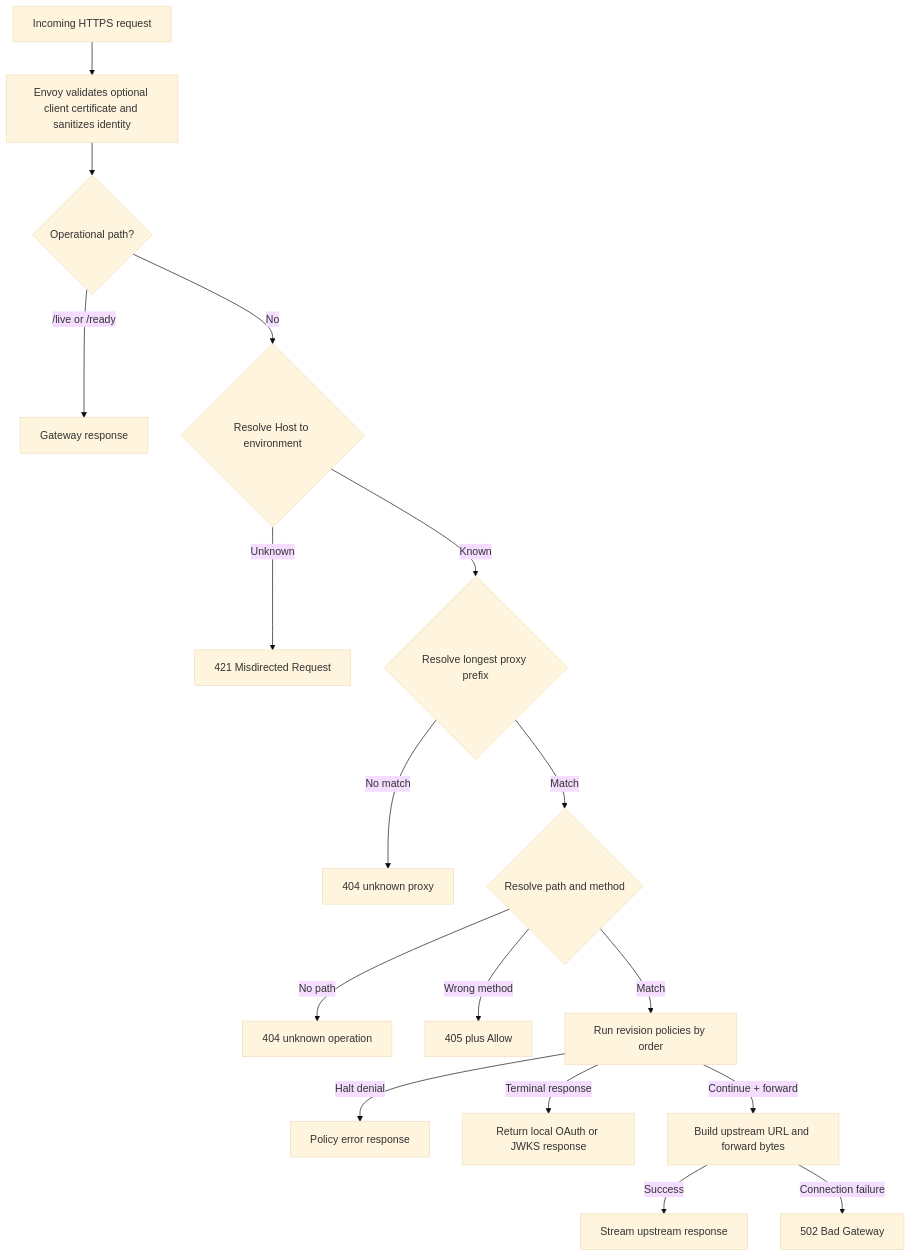
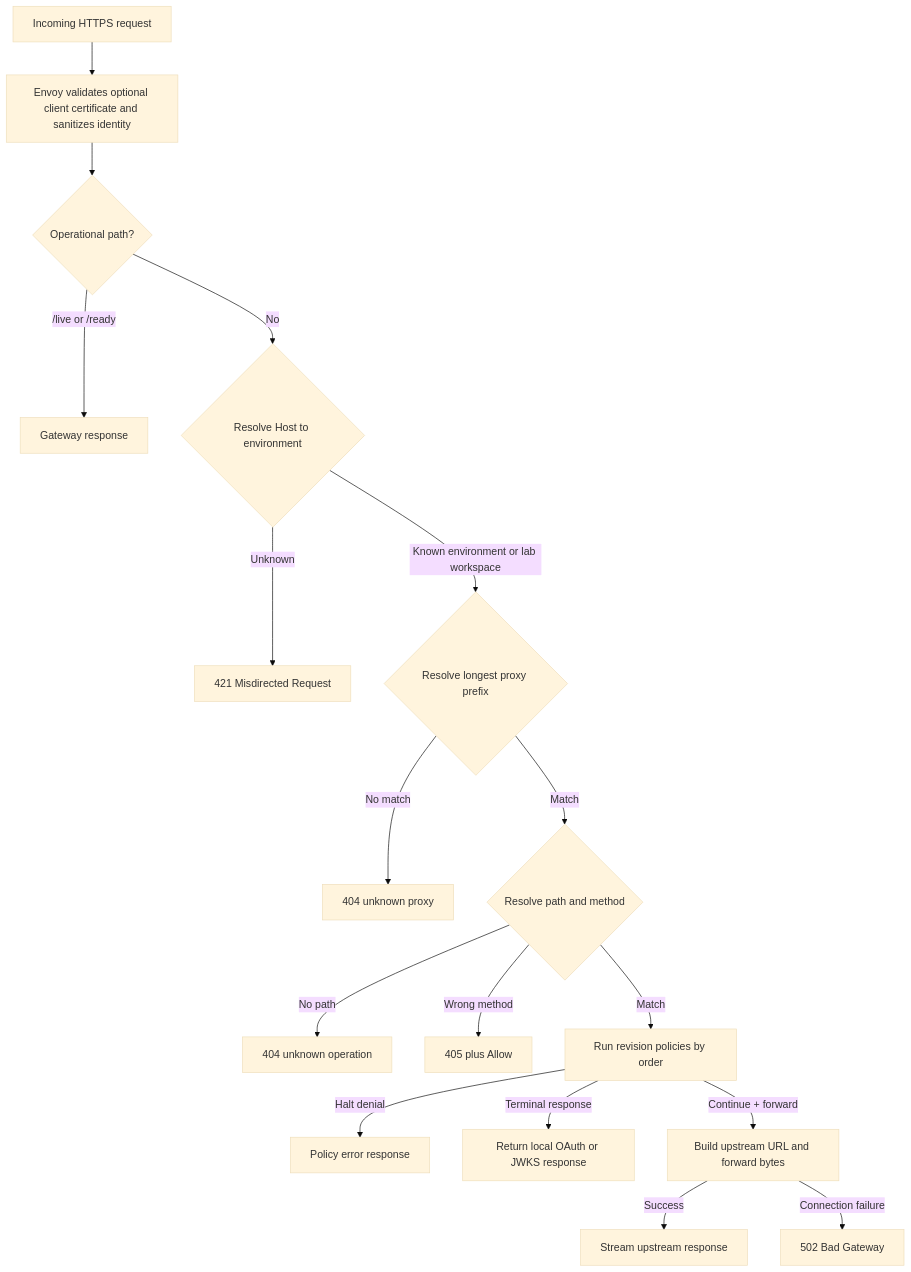
Before and after one commit to c4rl0s04/api-gateway-platform: the diagram in docs/02-architecture/Runtime Request Flow.md, drawn with Mermaid (base theme). The commit also changed other lines of this file and 4 other files, not shown here.

Commit message:
docs(architecture): integrate lab identity and runtime flows

````diff
--- a/docs/02-architecture/Runtime Request Flow.md
+++ b/docs/02-architecture/Runtime Request Flow.md
@@ -31,19 +32,19 @@
 ```mermaid
 flowchart TD
     REQUEST["Incoming HTTPS request"] --> ENVOY["Envoy validates optional client certificate and sanitizes identity"]
     ENVOY --> OPERATIONAL{"Operational path?"}
     OPERATIONAL -->|"/live or /ready"| HEALTH["Gateway response"]
     OPERATIONAL -->|"No"| ENVIRONMENT{"Resolve Host to environment"}
     ENVIRONMENT -->|"Unknown"| MISDIRECTED["421 Misdirected Request"]
-    ENVIRONMENT -->|"Known"| PROXY{"Resolve longest proxy prefix"}
+    ENVIRONMENT -->|"Known environment or lab workspace"| PROXY{"Resolve longest proxy prefix"}
     PROXY -->|"No match"| PROXY404["404 unknown proxy"]
     PROXY -->|"Match"| ENDPOINT{"Resolve path and method"}
     ENDPOINT -->|"No path"| ENDPOINT404["404 unknown operation"]
     ENDPOINT -->|"Wrong method"| METHOD405["405 plus Allow"]
     ENDPOINT -->|"Match"| POLICIES["Run revision policies by order"]
     POLICIES -->|"Halt denial"| POLICYRESPONSE["Policy error response"]
     POLICIES -->|"Terminal response"| LOCAL["Return local OAuth or JWKS response"]
     POLICIES -->|"Continue + forward"| FORWARD["Build upstream URL and forward bytes"]
     FORWARD -->|"Success"| RESPONSE["Stream upstream response"]
     FORWARD -->|"Connection failure"| BADGATEWAY["502 Bad Gateway"]
 ```
````
